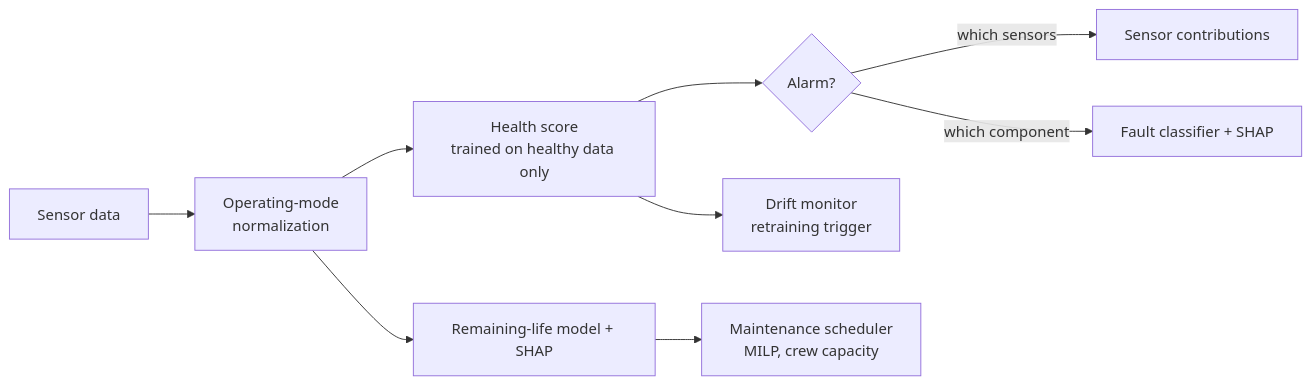
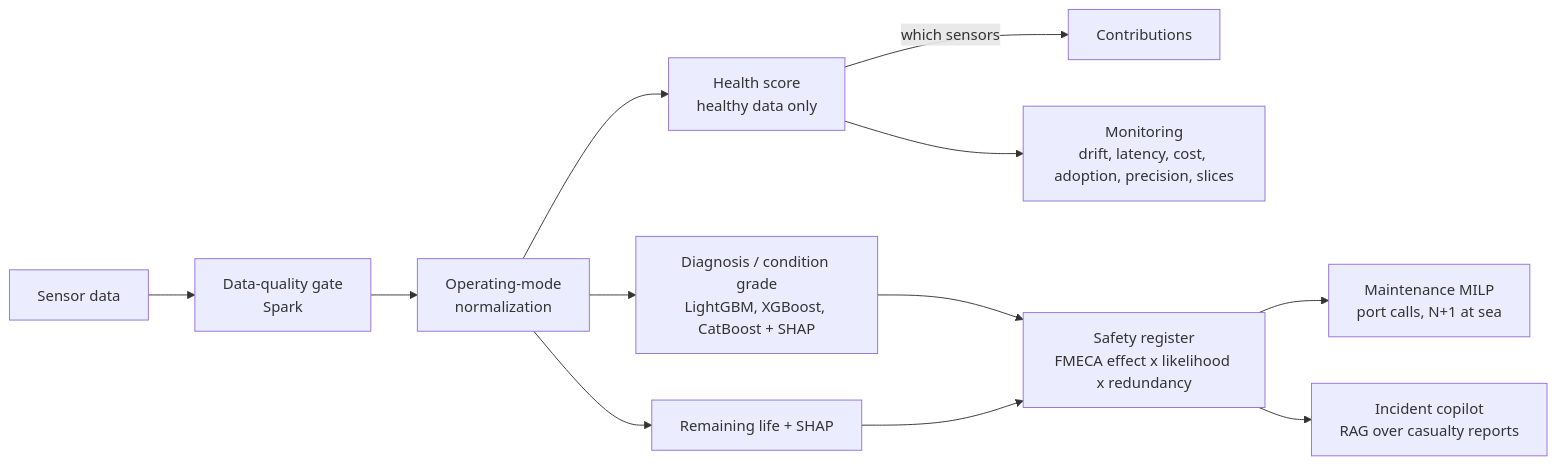
Before and after one commit to MirasAnalyst/faultwatch: the diagram in README.md, drawn with Mermaid. The commit also changed other lines of this file and 8 other files, not shown here.

````diff
--- a/README.md
+++ b/README.md
@@ -15,11 +27,14 @@
 ```mermaid
 flowchart LR
-    A[Sensor data] --> B[Operating-mode<br/>normalization]
-    B --> C[Health score<br/>trained on healthy data only]
-    C --> D{Alarm?}
-    D -->|which sensors| E[Sensor contributions]
-    D -->|which component| F[Fault classifier + SHAP]
-    B --> G[Remaining-life model + SHAP]
-    G --> H[Maintenance scheduler<br/>MILP, crew capacity]
-    C --> I[Drift monitor<br/>retraining trigger]
+    A[Sensor data] --> Q[Data-quality gate<br/>Spark]
+    Q --> B[Operating-mode<br/>normalization]
+    B --> C[Health score<br/>healthy data only]
+    C -->|which sensors| E[Contributions]
+    B --> F[Diagnosis / condition grade<br/>LightGBM, XGBoost, CatBoost + SHAP]
+    B --> G[Remaining life + SHAP]
+    F --> S[Safety register<br/>FMECA effect x likelihood x redundancy]
+    G --> S
+    S --> H[Maintenance MILP<br/>port calls, N+1 at sea]
+    S --> R[Incident copilot<br/>RAG over casualty reports]
+    C --> M[Monitoring<br/>drift, latency, cost, adoption, precision, slices]
 ```
````
